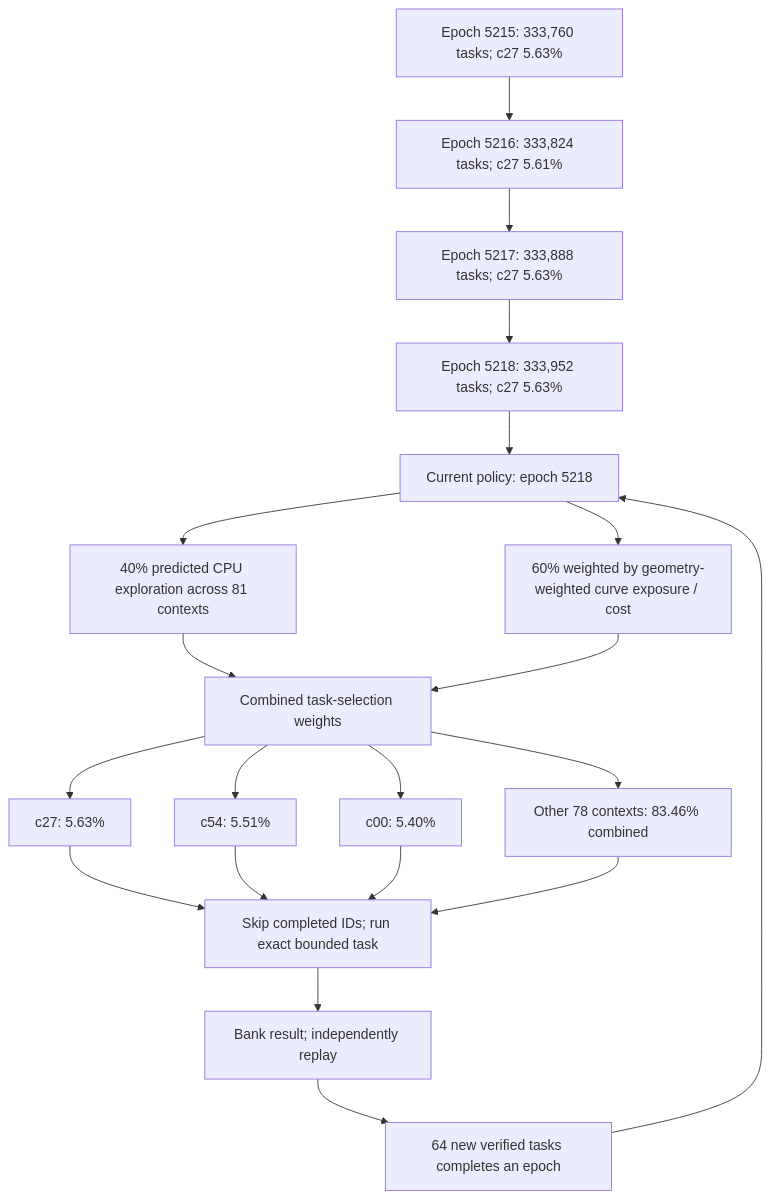
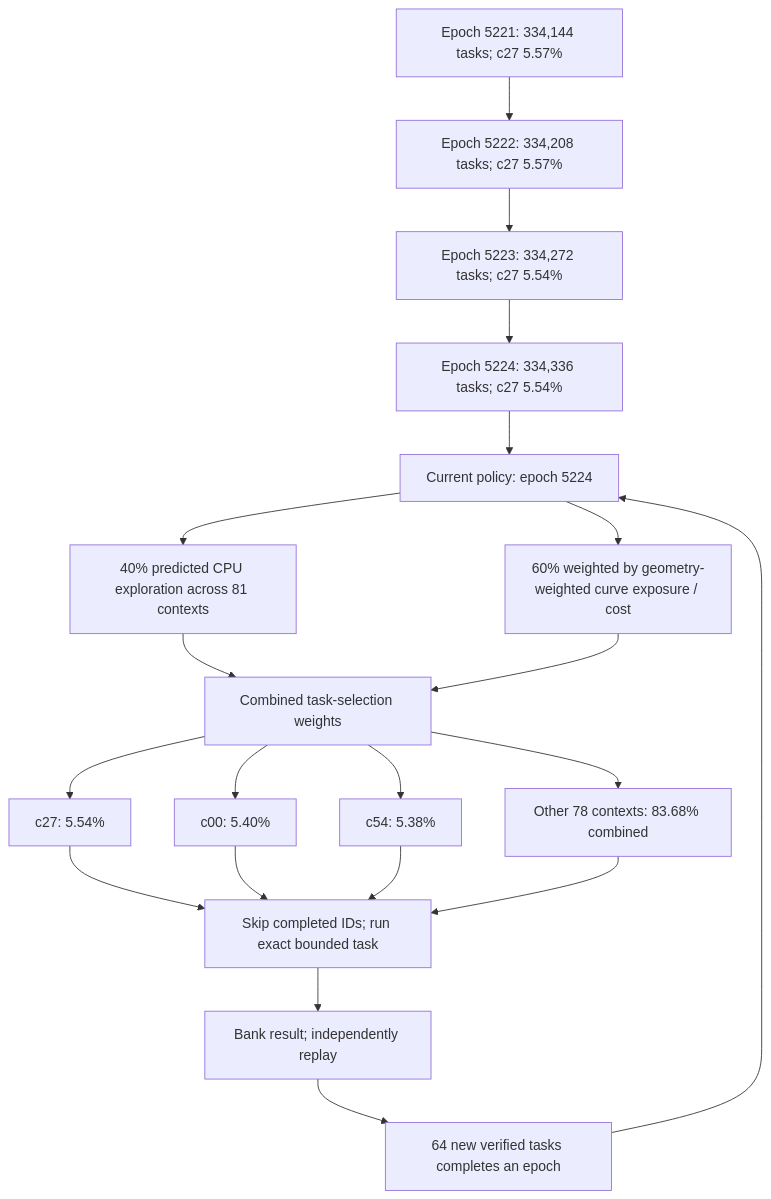
The first of 3 diagrams in README.md (Kuberwastaken/math-gambling), drawn with Mermaid before and after one commit. The commit also changed other lines of this file and 1255 other files, not shown here.

````diff
--- a/README.md
+++ b/README.md
@@ -60,27 +60,27 @@
 ```mermaid
 flowchart TD
-    H0["Epoch 5215: 333,760 tasks; c27 5.63%"]
-    H1["Epoch 5216: 333,824 tasks; c27 5.61%"]
+    H0["Epoch 5221: 334,144 tasks; c27 5.57%"]
+    H1["Epoch 5222: 334,208 tasks; c27 5.57%"]
     H0 --> H1
-    H2["Epoch 5217: 333,888 tasks; c27 5.63%"]
+    H2["Epoch 5223: 334,272 tasks; c27 5.54%"]
     H1 --> H2
-    H3["Epoch 5218: 333,952 tasks; c27 5.63%"]
+    H3["Epoch 5224: 334,336 tasks; c27 5.54%"]
     H2 --> H3
-    Policy["Current policy: epoch 5218"]
+    Policy["Current policy: epoch 5224"]
     H3 --> Policy
     Policy --> Explore["40% predicted CPU exploration across 81 contexts"]
     Policy --> Cost["60% weighted by geometry-weighted curve exposure / cost"]
     Explore --> Mix["Combined task-selection weights"]
     Cost --> Mix
-    Mix --> C0["c27: 5.63%"]
-    Mix --> C1["c54: 5.51%"]
-    Mix --> C2["c00: 5.40%"]
-    Mix --> Rest["Other 78 contexts: 83.46% combined"]
+    Mix --> C0["c27: 5.54%"]
+    Mix --> C1["c00: 5.40%"]
+    Mix --> C2["c54: 5.38%"]
+    Mix --> Rest["Other 78 contexts: 83.68% combined"]
     C0 --> Check["Skip completed IDs; run exact bounded task"]
     C1 --> Check
     C2 --> Check
     Rest --> Check
     Check --> Replay["Bank result; independently replay"]
     Replay --> Gate["64 new verified tasks completes an epoch"]
     Gate --> Policy
 ```
````
